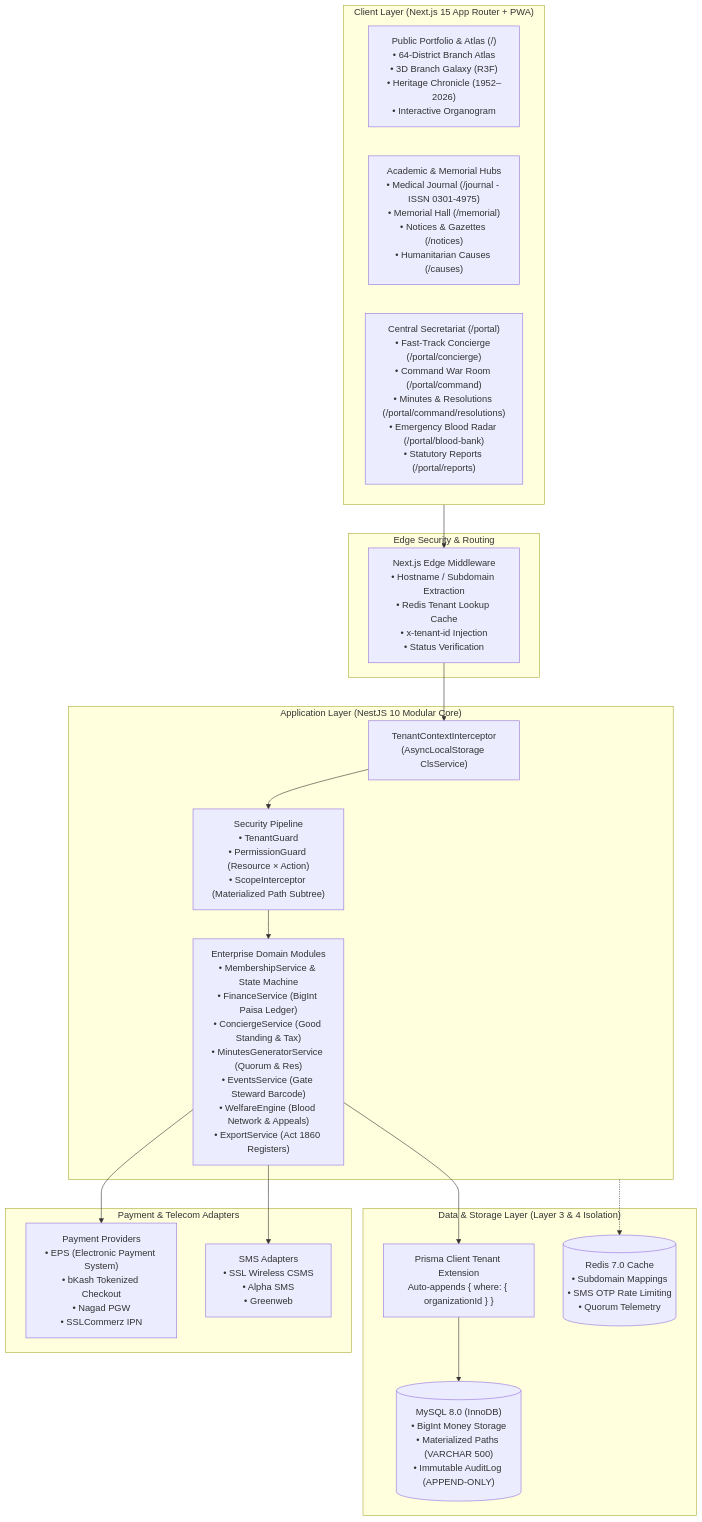
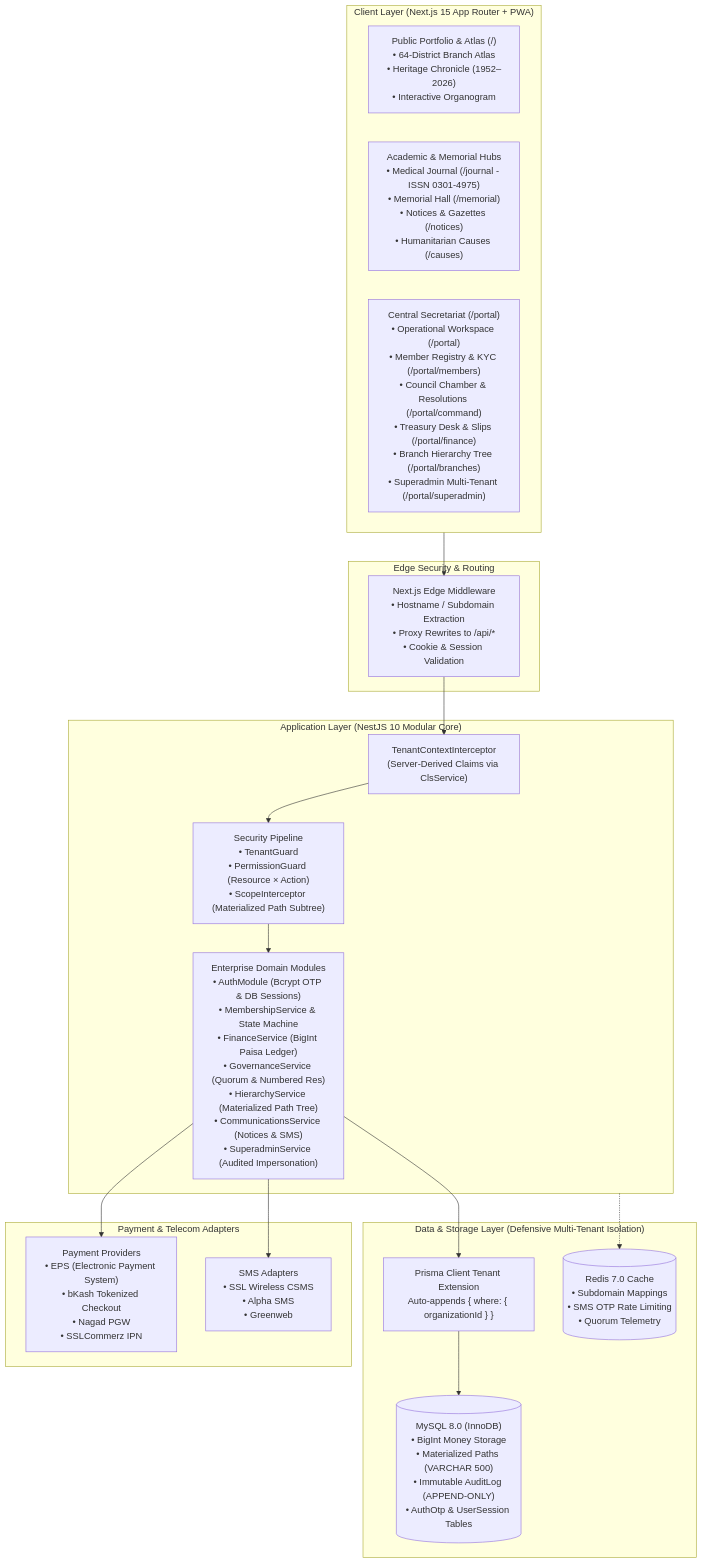
Before and after one commit to beingmushfiq/ORG-Management-System: the diagram in README.md, drawn with Mermaid. The commit also changed other lines of this file, not shown here.

````diff
--- a/README.md
+++ b/README.md
@@ -44,39 +40,39 @@
 ```mermaid
 flowchart TB
     subgraph ClientLayer ["Client Layer (Next.js 15 App Router + PWA)"]
-        PublicWeb["Public Portfolio & Atlas (/)\n• 64-District Branch Atlas\n• 3D Branch Galaxy (R3F)\n• Heritage Chronicle (1952–2026)\n• Interactive Organogram"]
+        PublicWeb["Public Portfolio & Atlas (/)\n• 64-District Branch Atlas\n• Heritage Chronicle (1952–2026)\n• Interactive Organogram"]
         PublicPortals["Academic & Memorial Hubs\n• Medical Journal (/journal - ISSN 0301-4975)\n• Memorial Hall (/memorial)\n• Notices & Gazettes (/notices)\n• Humanitarian Causes (/causes)"]
-        MemberPortal["Central Secretariat (/portal)\n• Fast-Track Concierge (/portal/concierge)\n• Command War Room (/portal/command)\n• Minutes & Resolutions (/portal/command/resolutions)\n• Emergency Blood Radar (/portal/blood-bank)\n• Statutory Reports (/portal/reports)"]
+        MemberPortal["Central Secretariat (/portal)\n• Operational Workspace (/portal)\n• Member Registry & KYC (/portal/members)\n• Council Chamber & Resolutions (/portal/command)\n• Treasury Desk & Slips (/portal/finance)\n• Branch Hierarchy Tree (/portal/branches)\n• Superadmin Multi-Tenant (/portal/superadmin)"]
     end
 
     subgraph EdgeLayer ["Edge Security & Routing"]
-        EdgeMiddleware["Next.js Edge Middleware\n• Hostname / Subdomain Extraction\n• Redis Tenant Lookup Cache\n• x-tenant-id Injection\n• Status Verification"]
+        EdgeMiddleware["Next.js Edge Middleware\n• Hostname / Subdomain Extraction\n• Proxy Rewrites to /api/*\n• Cookie & Session Validation"]
     end
 
     subgraph BackendLayer ["Application Layer (NestJS 10 Modular Core)"]
-        TenantContext["TenantContextInterceptor\n(AsyncLocalStorage ClsService)"]
+        TenantContext["TenantContextInterceptor\n(Server-Derived Claims via ClsService)"]
         Guards["Security Pipeline\n• TenantGuard\n• PermissionGuard (Resource × Action)\n• ScopeInterceptor (Materialized Path Subtree)"]
-        Modules["Enterprise Domain Modules\n• MembershipService & State Machine\n• FinanceService (BigInt Paisa Ledger)\n• ConciergeService (Good Standing & Tax)\n• MinutesGeneratorService (Quorum & Res)\n• EventsService (Gate Steward Barcode)\n• WelfareEngine (Blood Network & Appeals)\n• ExportService (Act 1860 Registers)"]
+        Modules["Enterprise Domain Modules\n• AuthModule (Bcrypt OTP & DB Sessions)\n• MembershipService & State Machine\n• FinanceService (BigInt Paisa Ledger)\n• GovernanceService (Quorum & Numbered Res)\n• HierarchyService (Materialized Path Tree)\n• CommunicationsService (Notices & SMS)\n• SuperadminService (Audited Impersonation)"]
     end
 
     subgraph GatewayLayer ["Payment & Telecom Adapters"]
         Payments["Payment Providers\n• EPS (Electronic Payment System)\n• bKash Tokenized Checkout\n• Nagad PGW\n• SSLCommerz IPN"]
         Telecom["SMS Adapters\n• SSL Wireless CSMS\n• Alpha SMS\n• Greenweb"]
     end
 
-    subgraph DataLayer ["Data & Storage Layer (Layer 3 & 4 Isolation)"]
+    subgraph DataLayer ["Data & Storage Layer (Defensive Multi-Tenant Isolation)"]
         PrismaExt["Prisma Client Tenant Extension\nAuto-appends { where: { organizationId } }"]
-        MySQL[("MySQL 8.0 (InnoDB)\n• BigInt Money Storage\n• Materialized Paths (VARCHAR 500)\n• Immutable AuditLog (APPEND-ONLY)")]
+        MySQL[("MySQL 8.0 (InnoDB)\n• BigInt Money Storage\n• Materialized Paths (VARCHAR 500)\n• Immutable AuditLog (APPEND-ONLY)\n• AuthOtp & UserSession Tables")]
         Redis[("Redis 7.0 Cache\n• Subdomain Mappings\n• SMS OTP Rate Limiting\n• Quorum Telemetry")]
     end
 
     ClientLayer --> EdgeMiddleware
     EdgeMiddleware --> TenantContext
     TenantContext --> Guards
     Guards --> Modules
     Modules --> Payments
     Modules --> Telecom
     Modules --> PrismaExt
     PrismaExt --> MySQL
     BackendLayer -.-> Redis
 ```
````
